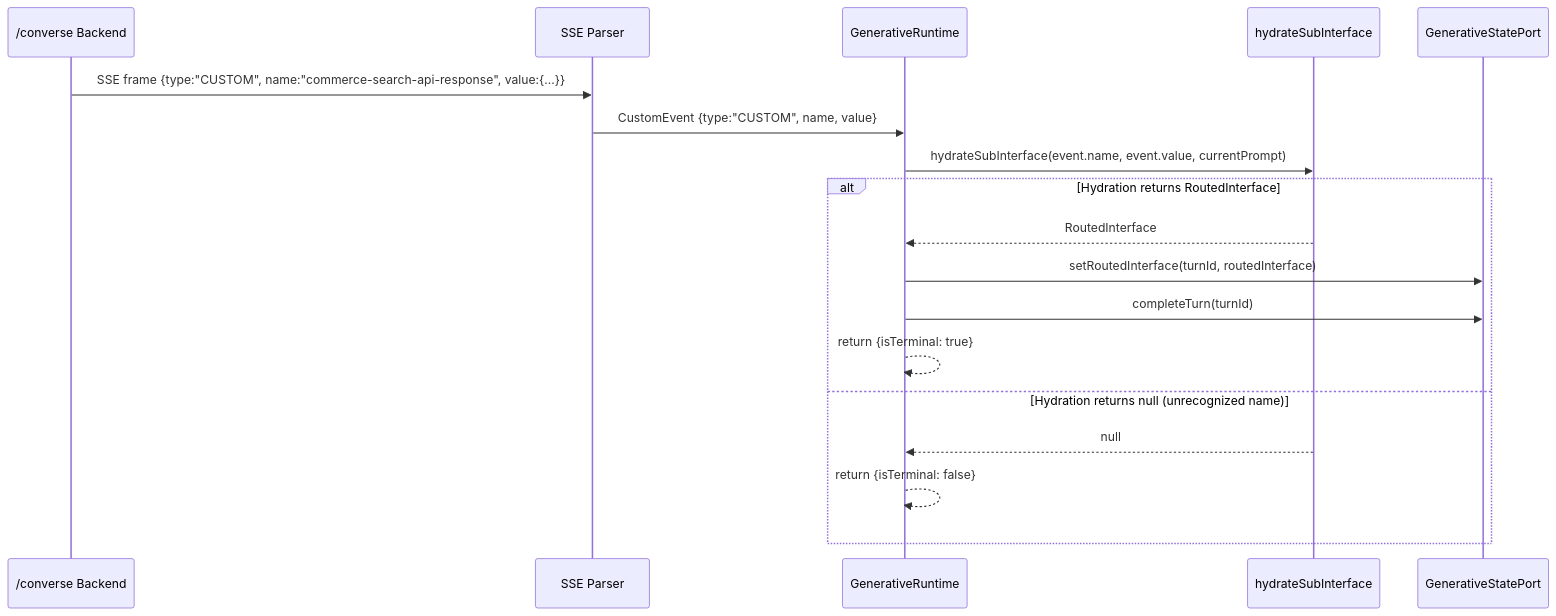
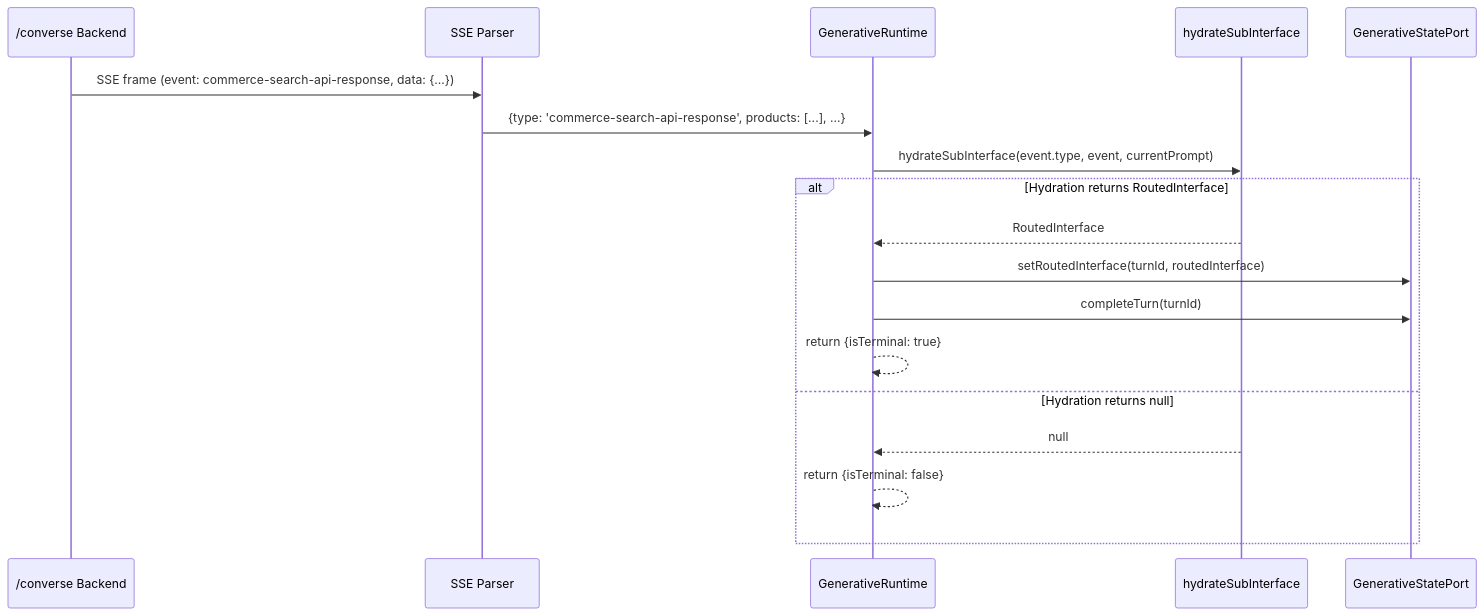
Before and after one commit to coveo/ui-kit: the diagram in .kiro/specs/converse-routed-commerce-search/design.md, drawn with Mermaid. The commit also changed other lines of this file and 1 other file, not shown here.

````diff
--- a/.kiro/specs/converse-routed-commerce-search/design.md
+++ b/.kiro/specs/converse-routed-commerce-search/design.md
@@ -11,21 +20,21 @@
 ```mermaid
 sequenceDiagram
     participant Backend as /converse Backend
     participant SSE as SSE Parser
     participant Runtime as GenerativeRuntime
     participant Hydration as hydrateSubInterface
     participant State as GenerativeStatePort
 
-    Backend->>SSE: SSE frame {type:"CUSTOM", name:"commerce-search-api-response", value:{...}}
-    SSE->>Runtime: CustomEvent {type:"CUSTOM", name, value}
-    Runtime->>Hydration: hydrateSubInterface(event.name, event.value, currentPrompt)
+    Backend->>SSE: SSE frame (event: commerce-search-api-response, data: {...})
+    SSE->>Runtime: {type: 'commerce-search-api-response', products: [...], ...}
+    Runtime->>Hydration: hydrateSubInterface(event.type, event, currentPrompt)
     alt Hydration returns RoutedInterface
         Hydration-->>Runtime: RoutedInterface
         Runtime->>State: setRoutedInterface(turnId, routedInterface)
         Runtime->>State: completeTurn(turnId)
         Runtime-->>Runtime: return {isTerminal: true}
-    else Hydration returns null (unrecognized name)
+    else Hydration returns null
         Hydration-->>Runtime: null
         Runtime-->>Runtime: return {isTerminal: false}
     end
 ```
````
